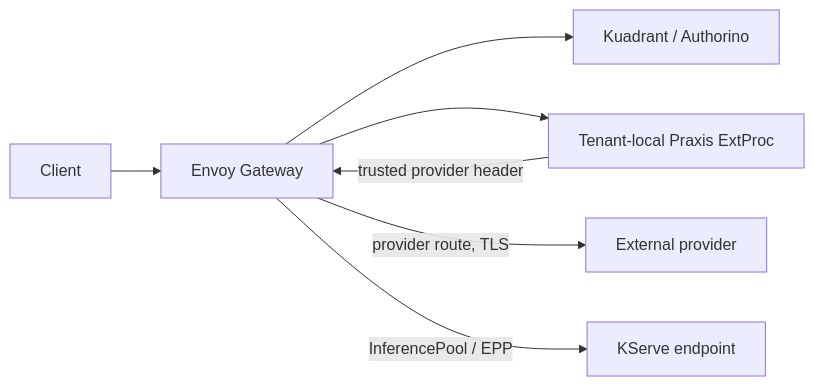
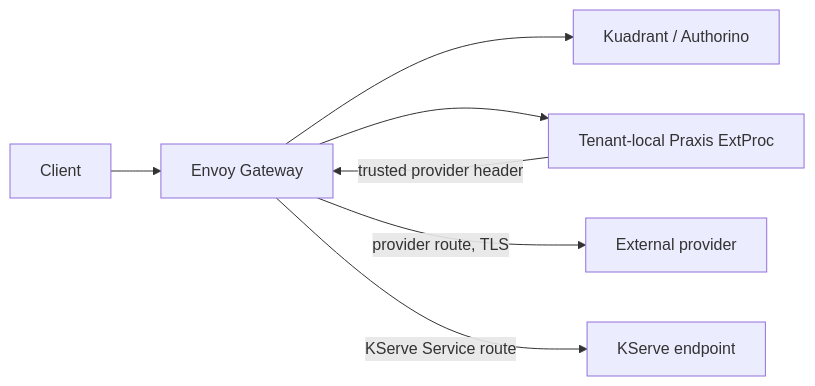
One commit to nerdalert/praxis-research-spikes changed the first of 4 diagrams in research/praxis-maas-v3-data-path-spike.md. Above: the diagram before and after it, drawn with Mermaid. The commit also changed other lines of this file, not shown here.

Commit message:
docs: focus MaaS V3 on default KServe path

````diff
--- a/research/praxis-maas-v3-data-path-spike.md
+++ b/research/praxis-maas-v3-data-path-spike.md
@@ -110,9 +114,9 @@
 ```mermaid
 flowchart LR
   C[Client] --> E[Envoy Gateway]
   E --> A[Kuadrant / Authorino]
   E --> X[Tenant-local Praxis ExtProc]
   X -->|trusted provider header| E
   E -->|provider route, TLS| P[External provider]
-  E -->|InferencePool / EPP| K[KServe endpoint]
+  E -->|KServe Service route| K[KServe endpoint]
 ```
````
